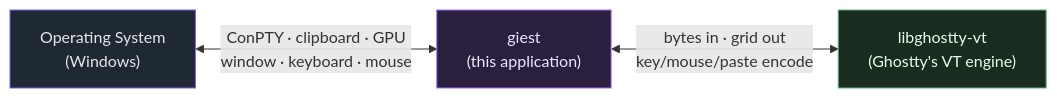
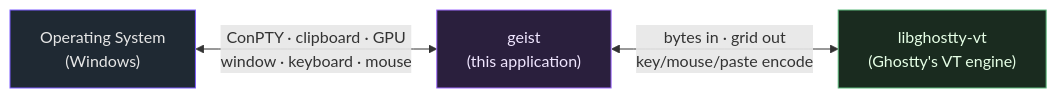
One commit to stvnksslr/geist changed the diagram in docs/index.md. Above: the diagram before and after it, drawn with Mermaid. The commit also changed other lines of this file and 110 other files, not shown here.

````diff
--- a/docs/index.md
+++ b/docs/index.md
@@ -17,16 +17,16 @@
 ```mermaid
 flowchart LR
     OS["Operating System<br/>(Windows)"]
-    GIEST["giest<br/>(this application)"]
+    geist["geist<br/>(this application)"]
     VT["libghostty-vt<br/>(Ghostty's VT engine)"]
 
-    OS <-->|"ConPTY · clipboard · GPU<br/>window · keyboard · mouse"| GIEST
-    GIEST <-->|"bytes in · grid out<br/>key/mouse/paste encode"| VT
+    OS <-->|"ConPTY · clipboard · GPU<br/>window · keyboard · mouse"| geist
+    geist <-->|"bytes in · grid out<br/>key/mouse/paste encode"| VT
 
     classDef os fill:#1f2933,stroke:#7c5cff,color:#e6e6e6
     classDef app fill:#2a1f3d,stroke:#a06cff,color:#f0e6ff
     classDef vt fill:#1a2b1f,stroke:#5cba7c,color:#e6ffe6
     class OS os
-    class GIEST app
+    class geist app
     class VT vt
 ```
````
